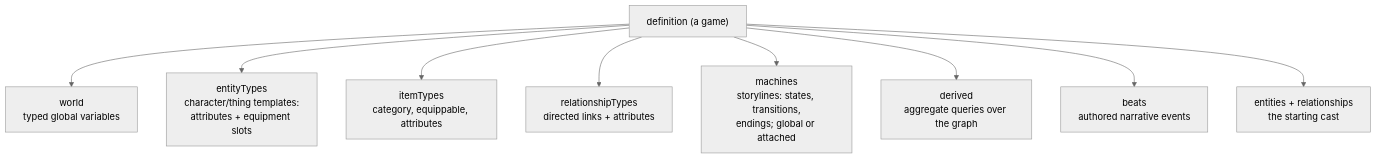
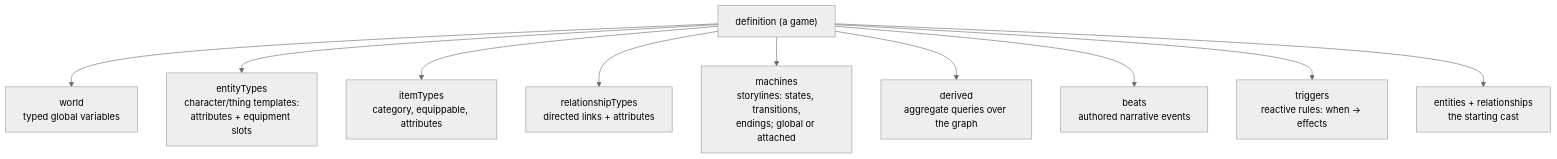
The fourth of 7 diagrams in README.md (SteveCastle/lono), drawn with Mermaid (neutral theme) before and after one commit. The commit also changed other lines of this file, not shown here.

Commit message:
docs: document v3 reactive systems in README (triggers, time, computed effects, sets, journal)

````diff
--- a/README.md
+++ b/README.md
@@ -194,12 +199,13 @@
 ```mermaid
 flowchart TD
     DEF["definition (a game)"]
     DEF --> W["world<br/>typed global variables"]
     DEF --> ET["entityTypes<br/>character/thing templates:<br/>attributes + equipment slots"]
     DEF --> IT["itemTypes<br/>category, equippable, attributes"]
     DEF --> RT["relationshipTypes<br/>directed links + attributes"]
     DEF --> M["machines<br/>storylines: states, transitions,<br/>endings; global or attached"]
     DEF --> DV["derived<br/>aggregate queries over the graph"]
     DEF --> B["beats<br/>authored narrative events"]
+    DEF --> TR["triggers<br/>reactive rules: when → effects"]
     DEF --> CAST["entities + relationships<br/>the starting cast"]
 ```
````
